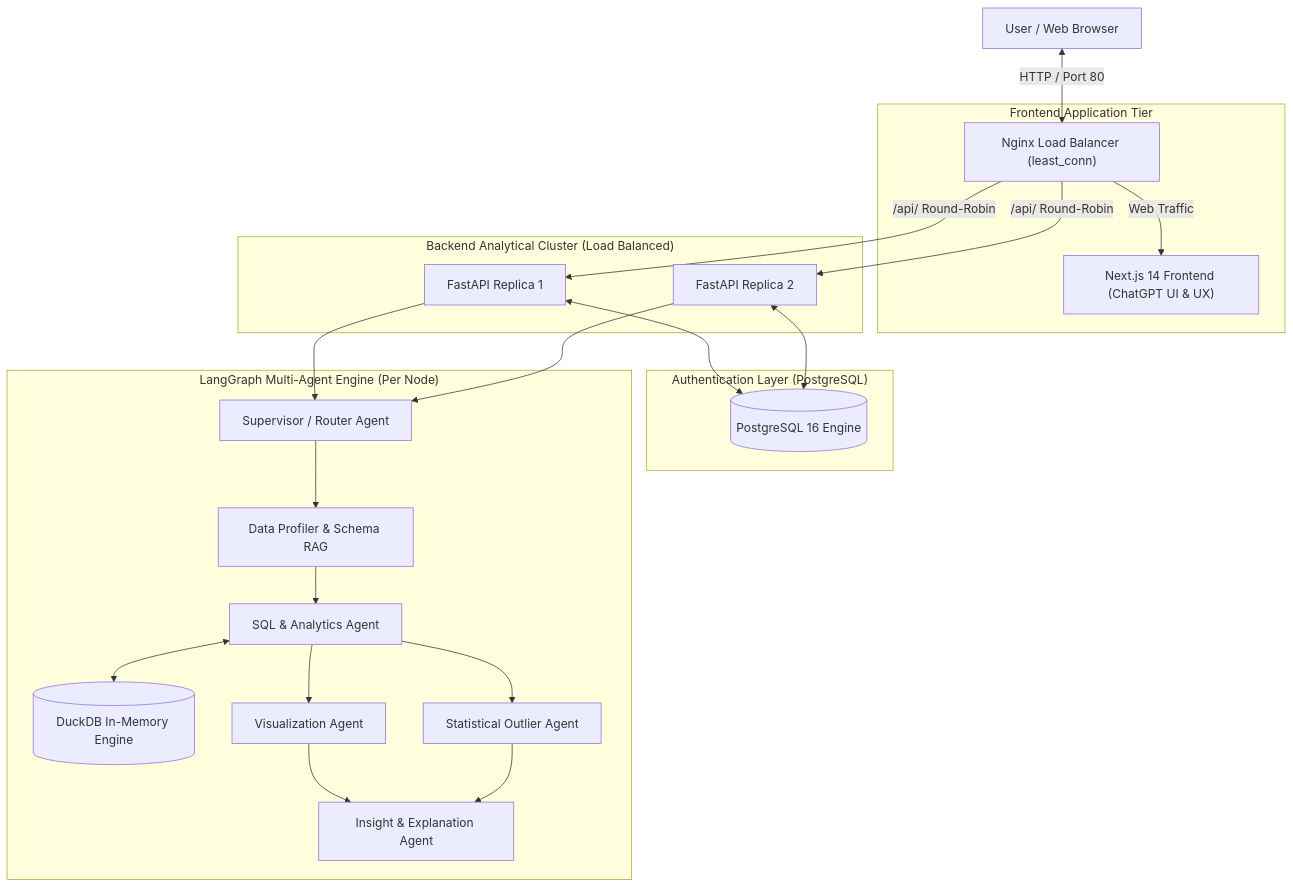
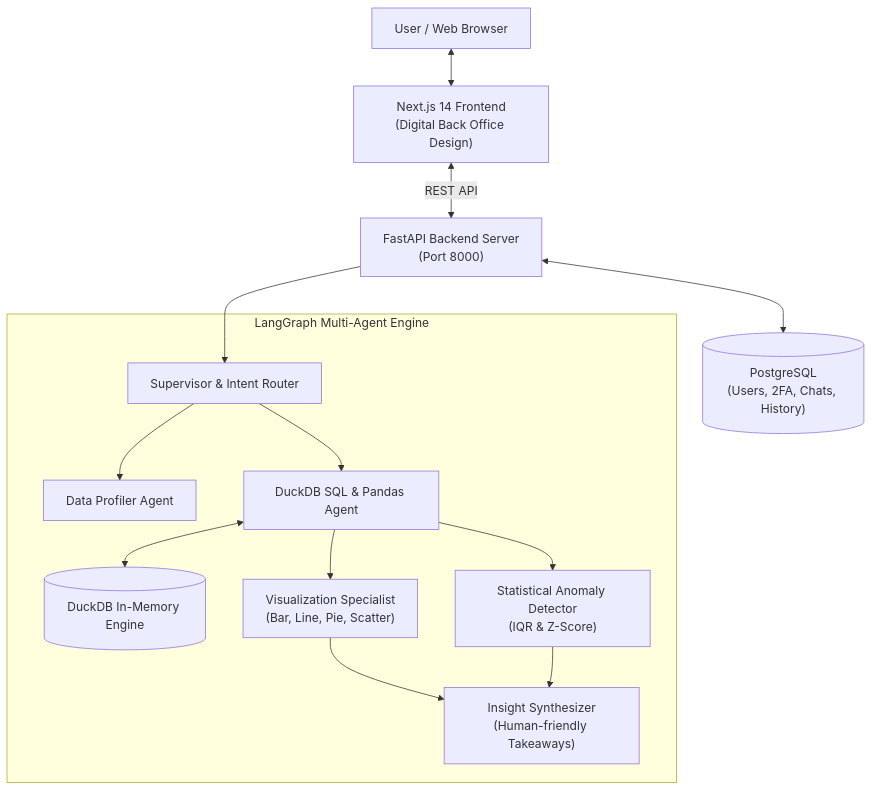
Before and after one commit to keerthan120/AI-DATA_ANALYST: the diagram in README.md, drawn with Mermaid. The commit also changed other lines of this file and 19 other files, not shown here.

Commit message:
feat: AI Data Analyst - multi-CSV upload, intelligent SQL & chart generation, dataset preview, and trial mode

````diff
--- a/README.md
+++ b/README.md
@@ -35,37 +96,26 @@
 ```mermaid
 flowchart TD
-    Client["User / Web Browser"] <-->|"HTTP / Port 80"| LB["Nginx Load Balancer (least_conn)"]
+    Client["User / Web Browser"] <--> NextApp["Next.js 14 Frontend\n(Digital Back Office Design)"]
     
-    subgraph FrontendCluster ["Frontend Application Tier"]
-        LB -->|"Web Traffic"| NextApp["Next.js 14 Frontend (ChatGPT UI & UX)"]
+    NextApp <-->|"REST API"| FastAPIServer["FastAPI Backend Server\n(Port 8000)"]
+    
+    FastAPIServer <--> PG[("PostgreSQL\n(Users, 2FA, Chats, History)")]
+    
+    subgraph MultiAgentEngine ["LangGraph Multi-Agent Engine"]
+        Supervisor["Supervisor & Intent Router"]
+        Profiler["Data Profiler Agent"]
+        SQLGen["DuckDB SQL & Pandas Agent"]
+        DuckDB[("DuckDB In-Memory Engine")]
+        VizAgent["Visualization Specialist\n(Bar, Line, Pie, Scatter)"]
+        AnomalyAgent["Statistical Anomaly Detector\n(IQR & Z-Score)"]
+        Synthesizer["Insight Synthesizer\n(Human-friendly Takeaways)"]
     end
-
-    subgraph BackendCluster ["Backend Analytical Cluster (Load Balanced)"]
-        LB -->|"/api/ Round-Robin"| BE1["FastAPI Replica 1"]
-        LB -->|"/api/ Round-Robin"| BE2["FastAPI Replica 2"]
-    end
-
-    subgraph AuthLayer ["Authentication Layer (PostgreSQL)"]
-        PG[("PostgreSQL 16 Engine")]
-        BE1 <--> PG
-        BE2 <--> PG
-    end
-
-    subgraph LangGraphEngine ["LangGraph Multi-Agent Engine (Per Node)"]
-        Supervisor["Supervisor / Router Agent"]
-        Profiler["Data Profiler & Schema RAG"]
-        SQLAgent["SQL & Analytics Agent"]
-        DuckDB[("DuckDB In-Memory Engine")]
-        VizAgent["Visualization Agent"]
-        AnomalyAgent["Statistical Outlier Agent"]
-        Synthesizer["Insight & Explanation Agent"]
-    end
-
-    BE1 --> Supervisor
-    BE2 --> Supervisor
-    Supervisor --> Profiler --> SQLAgent <--> DuckDB
-    SQLAgent --> VizAgent
-    SQLAgent --> AnomalyAgent
+    
+    FastAPIServer --> Supervisor
+    Supervisor --> Profiler
+    Supervisor --> SQLGen <--> DuckDB
+    SQLGen --> VizAgent
+    SQLGen --> AnomalyAgent
     VizAgent --> Synthesizer
     AnomalyAgent --> Synthesizer
 ```
````
